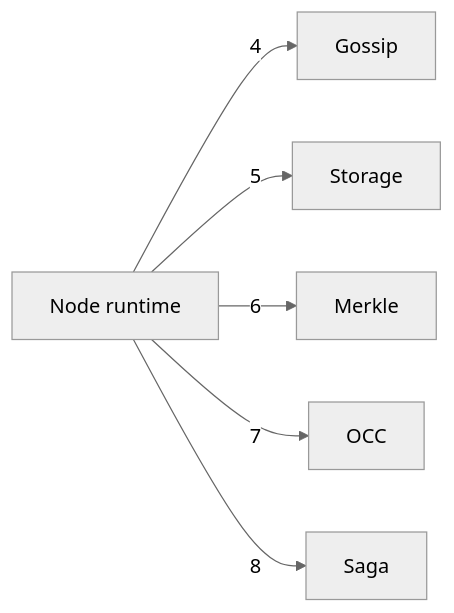
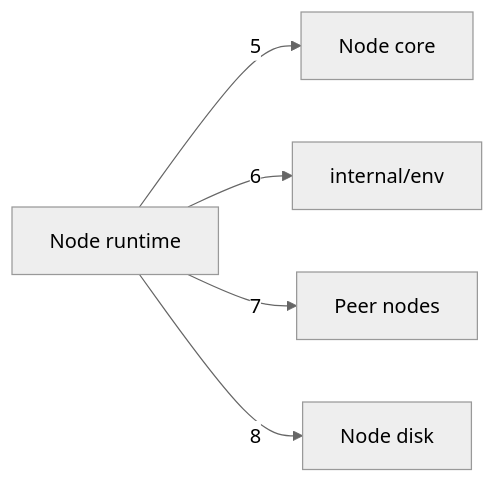
Before and after one commit to nickstrad/decentralized-object-store: the diagram in docs/c4/diagrams/03-container-runtime-b.mmd, drawn with Mermaid (neutral theme). The commit also changed 28 other files, not shown here.

Commit message:
c4: redraw the diagrams as built: a node core that implements every package's interfaces, a node runtime, the object API over one service interface

```diff
--- a/docs/c4/diagrams/03-container-runtime-b.mmd
+++ b/docs/c4/diagrams/03-container-runtime-b.mmd
@@ -1,7 +1,6 @@
 %% draw-visual: -x 4 -y 1 -p 0
 graph LR
-  NODE[Node runtime] -->|4| GOSSIP[Gossip]
-  NODE -->|5| STORAGE[Storage]
-  NODE -->|6| MERKLE[Merkle]
-  NODE -->|7| OCC[OCC]
-  NODE -->|8| SAGA[Saga]
+  RUNTIME[Node runtime] -->|5| NODE[Node core]
+  RUNTIME -->|6| ENV[internal/env]
+  RUNTIME -->|7| PEERS[Peer nodes]
+  RUNTIME -->|8| DISK[Node disk]
```
